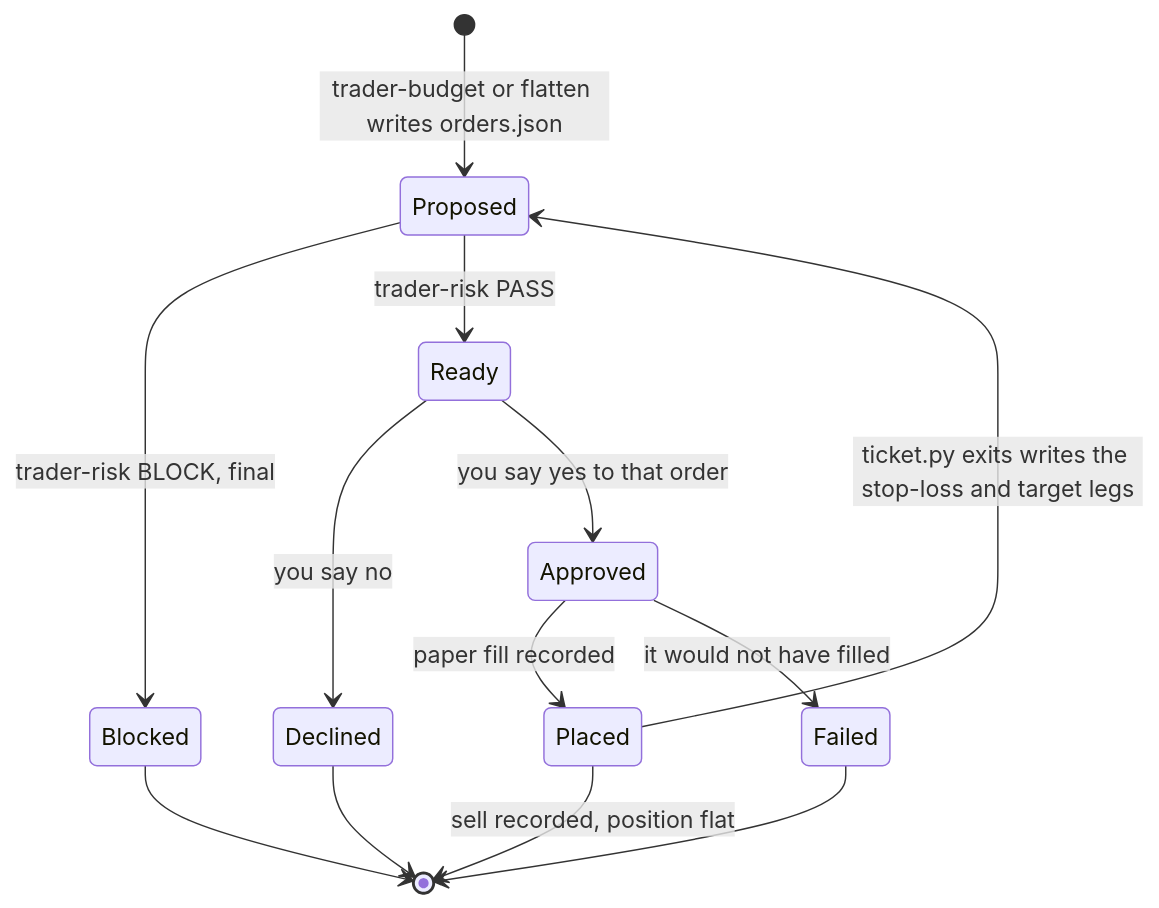
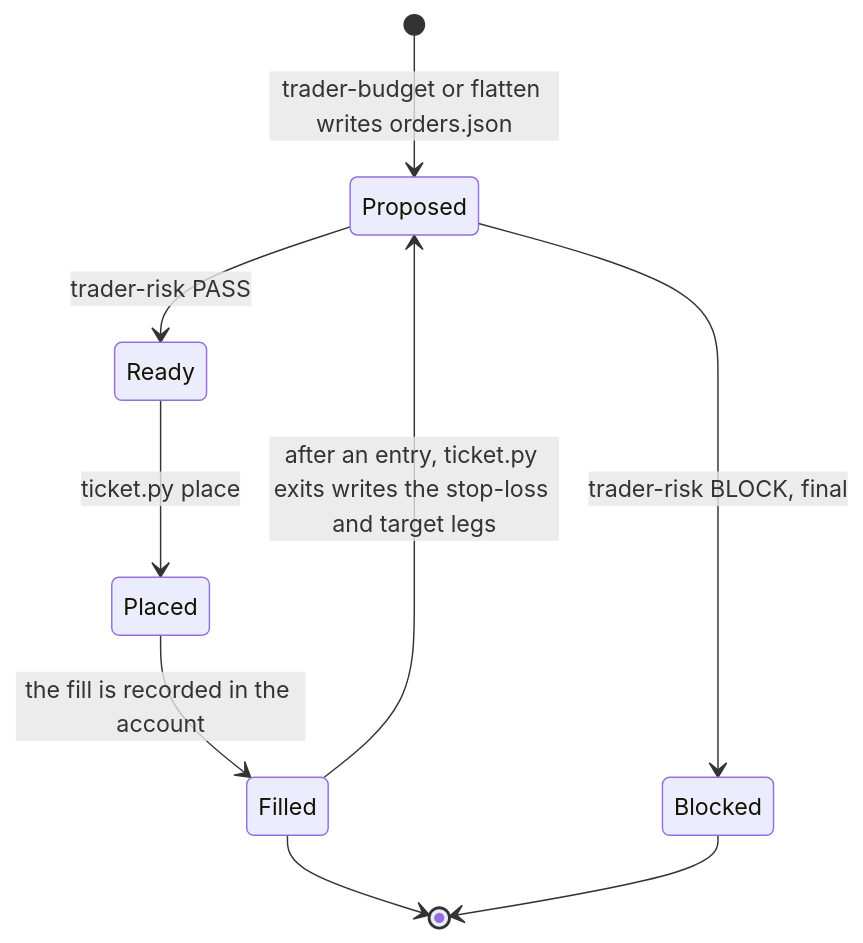
Before and after one commit to amansoni7477030/day-trader-skill-indian-market: the fourth of 7 diagrams in README.md, drawn with Mermaid. The commit also changed other lines of this file and 26 other files, not shown here.

First line of the commit message:
Place orders as soon as the risk check passes; drop the paper-trading wording

````diff
--- a/README.md
+++ b/README.md
@@ -154,15 +153,11 @@
 ```mermaid
 stateDiagram-v2
     [*] --> Proposed: trader-budget or flatten writes orders.json
     Proposed --> Blocked: trader-risk BLOCK, final
     Proposed --> Ready: trader-risk PASS
-    Ready --> Declined: you say no
-    Ready --> Approved: you say yes to that order
-    Approved --> Placed: paper fill recorded
-    Approved --> Failed: it would not have filled
-    Placed --> Proposed: ticket.py exits writes the stop-loss and target legs
-    Placed --> [*]: sell recorded, position flat
+    Ready --> Placed: ticket.py place
+    Placed --> Filled: the fill is recorded in the account
+    Filled --> [*]
+    Filled --> Proposed: after an entry, ticket.py exits writes the stop-loss and target legs
     Blocked --> [*]
-    Declined --> [*]
-    Failed --> [*]
 ```
````
